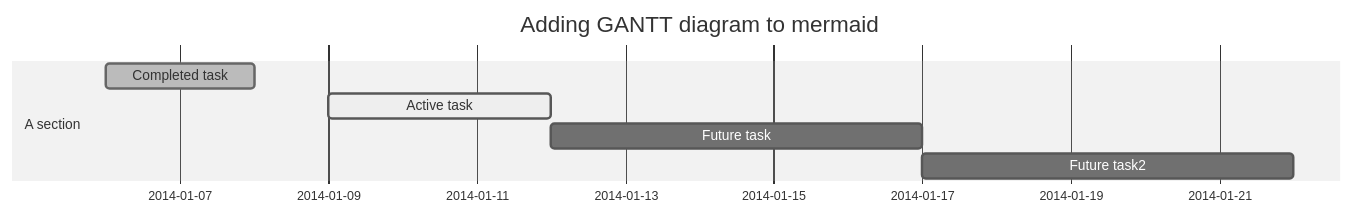
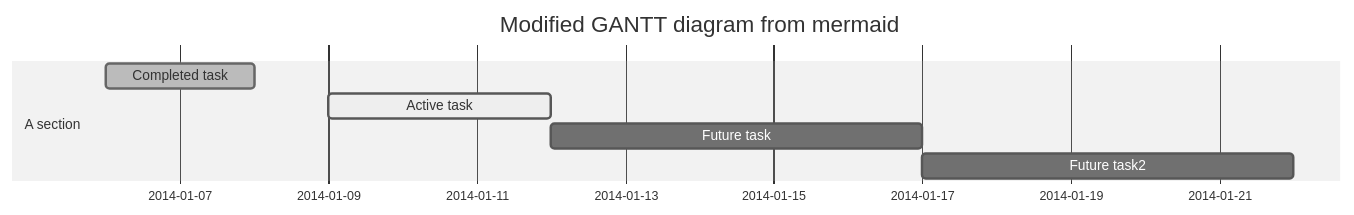
The second of 2 diagrams in _posts/2018-04-06-Practice-Post.md (WeeBeasties/WeeBeasties.github.io), drawn with Mermaid (neutral theme) before and after one commit. The commit also changed 1 other file, not shown here.

Commit message:
tweak padding

```diff
--- a/_posts/2018-04-06-Practice-Post.md
+++ b/_posts/2018-04-06-Practice-Post.md
@@ -44,13 +44,13 @@
 <div class="mermaid">
 
 gantt
 dateFormat  YYYY-MM-DD
-title Adding GANTT diagram to mermaid
+title Modified GANTT diagram from mermaid
 
 section A section
 Completed task            :done,    des1, 2014-01-06,2014-01-08
 Active task               :active,  des2, 2014-01-09, 3d
 Future task               :         des3, after des2, 5d
 Future task2               :         des4, after des3, 5d
 
 </div>
```
